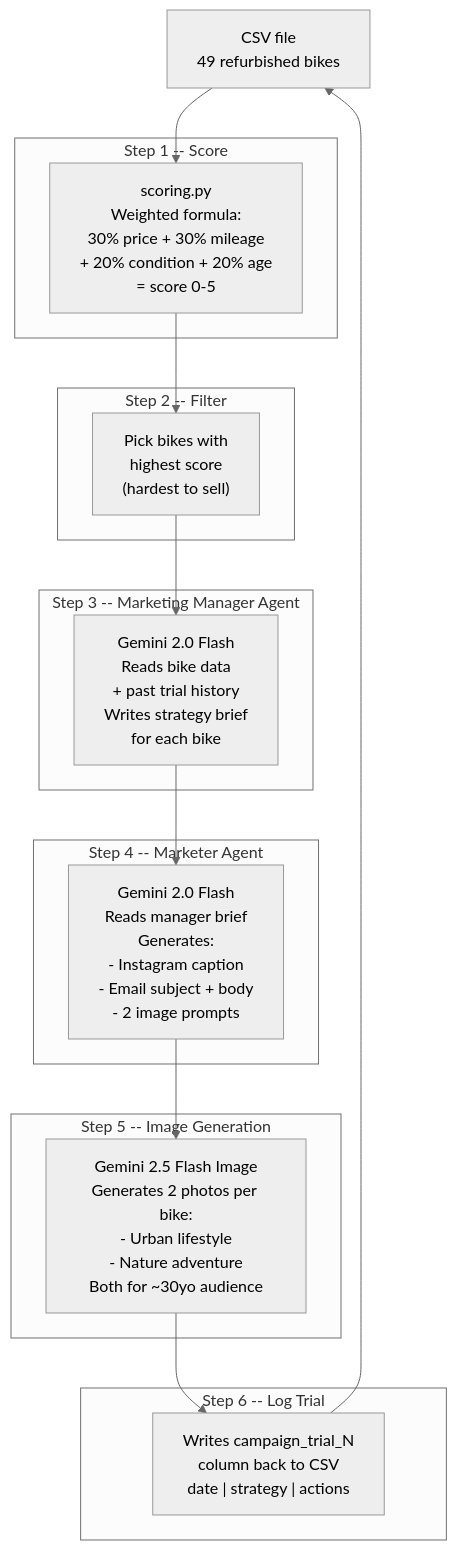
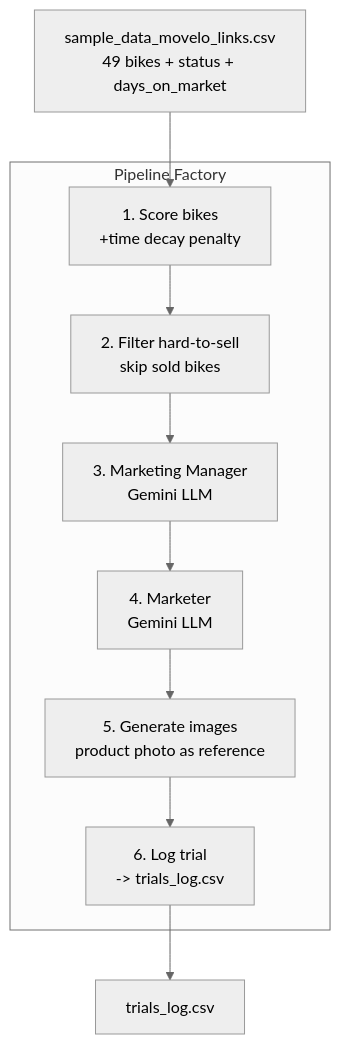
The diagram in README.md (alilowni/Movelo), drawn with Mermaid (neutral theme) before and after one commit. The commit also changed other lines of this file and 10 other files, not shown here.

````diff
--- a/README.md
+++ b/README.md
@@ -7,40 +21,15 @@
 ```mermaid
 flowchart TD
-    CSV["CSV file\n49 refurbished bikes"] --> Scoring
+    CSV["sample_data_movelo_links.csv\n49 bikes + status + days_on_market"] --> Score
 
-    subgraph step1 [Step 1 -- Score]
-        Scoring["scoring.py\nWeighted formula:\n30% price + 30% mileage\n+ 20% condition + 20% age\n= score 0-5"]
+    subgraph pipe [Pipeline Factory]
+        Score["1. Score bikes\n+time decay penalty"] --> Filter
+        Filter["2. Filter hard-to-sell\nskip sold bikes"] --> Manager
+        Manager["3. Marketing Manager\nGemini LLM"] --> Marketer
+        Marketer["4. Marketer\nGemini LLM"] --> Images
+        Images["5. Generate images\nproduct photo as reference"] --> Log
+        Log["6. Log trial\n-> trials_log.csv"]
     end
 
-    Scoring --> Filter
-
-    subgraph step2 [Step 2 -- Filter]
-        Filter["Pick bikes with\nhighest score\n(hardest to sell)"]
-    end
-
-    Filter --> Manager
-
-    subgraph step3 [Step 3 -- Marketing Manager Agent]
-        Manager["Gemini 2.0 Flash\nReads bike data\n+ past trial history\nWrites strategy brief\nfor each bike"]
-    end
-
-    Manager --> Marketer
-
-    subgraph step4 [Step 4 -- Marketer Agent]
-        Marketer["Gemini 2.0 Flash\nReads manager brief\nGenerates:\n- Instagram caption\n- Email subject + body\n- 2 image prompts"]
-    end
-
-    Marketer --> ImageGen
-
-    subgraph step5 [Step 5 -- Image Generation]
-        ImageGen["Gemini 2.5 Flash Image\nGenerates 2 photos per bike:\n- Urban lifestyle\n- Nature adventure\nBoth for ~30yo audience"]
-    end
-
-    ImageGen --> Log
-
-    subgraph step6 [Step 6 -- Log Trial]
-        Log["Writes campaign_trial_N\ncolumn back to CSV\ndate | strategy | actions"]
-    end
-
-    Log --> CSV
+    Log --> TrialsCSV["trials_log.csv"]
 ```
````
